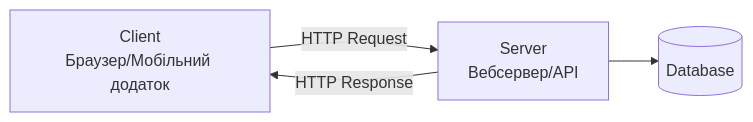
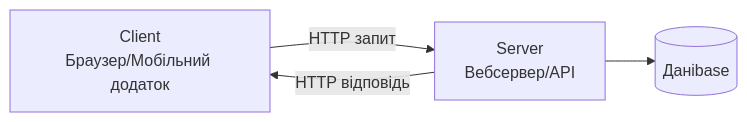
The first of 5 diagrams in presentation-01.md (olroi421/course-tprmr), drawn with Mermaid before and after one commit. The commit also changed other lines of this file and 2 other files, not shown here.

````diff
--- a/presentation-01.md
+++ b/presentation-01.md
@@ -33,6 +33,6 @@
 ```mermaid
 graph LR
-    A[Client<br/>Браузер/Мобільний додаток] -->|HTTP Request| B[Server<br/>Вебсервер/API]
-    B -->|HTTP Response| A
-    B --> C[(Database)]
+    A[Client<br/>Браузер/Мобільний додаток] -->|HTTP запит| B[Server<br/>Вебсервер/API]
+    B -->|HTTP відповідь| A
+    B --> C[(Даніbase)]
 ```
````
